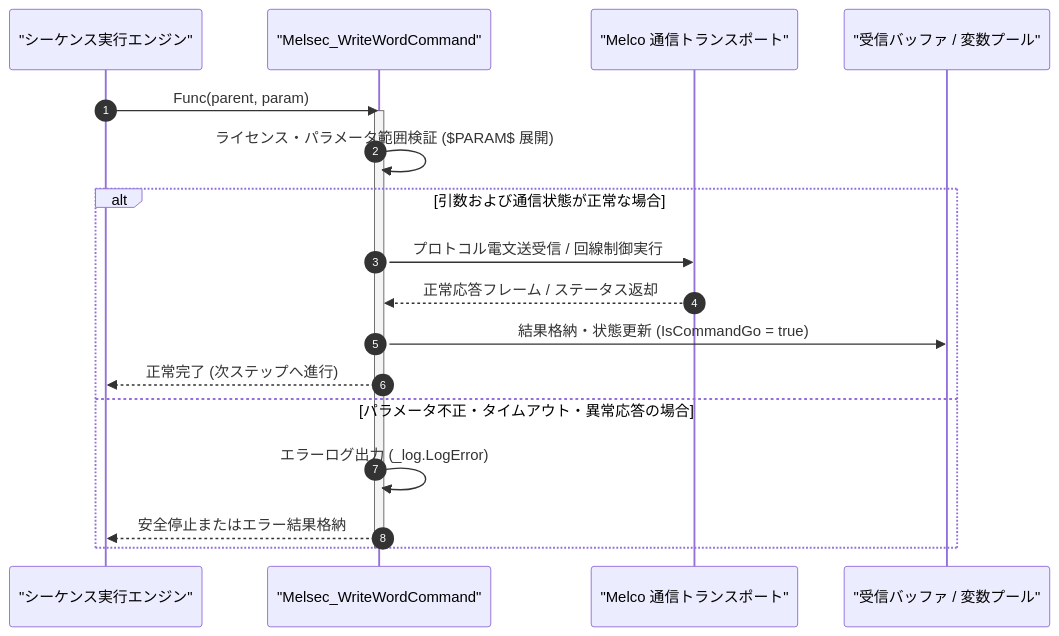
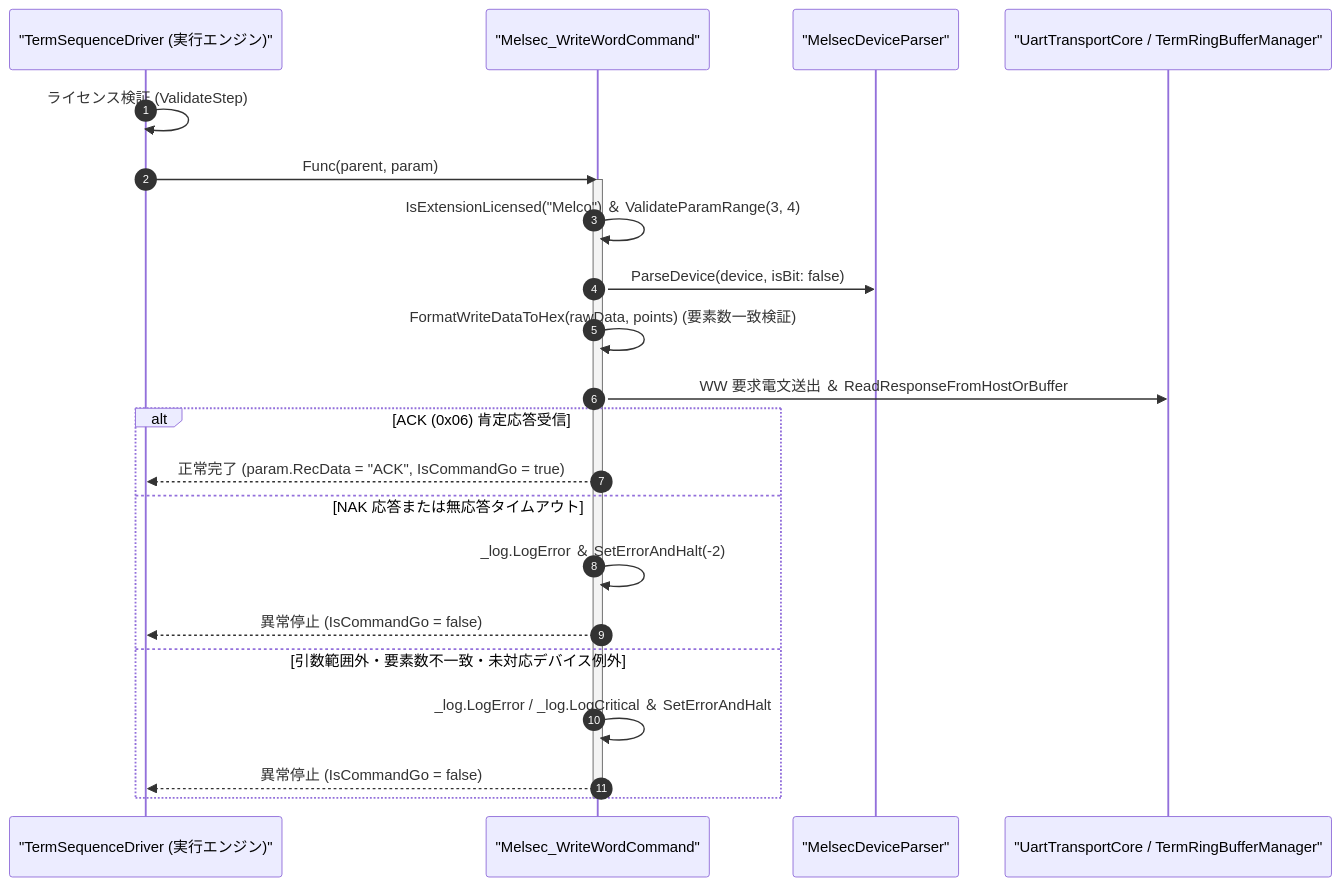
One commit to Monaca-App/TermAddIn changed the diagram in Manual/Melco/Melsec_WriteWord.Md. Above: the diagram before and after it, drawn with Mermaid. The commit also changed other lines of this file and 157 other files, not shown here.

````diff
--- a/Manual/Melco/Melsec_WriteWord.Md
+++ b/Manual/Melco/Melsec_WriteWord.Md
@@ -81,22 +80,26 @@
 ```mermaid
 sequenceDiagram
     autonumber
-    participant Script as "シーケンス実行エンジン"
+    participant Driver as "TermSequenceDriver (実行エンジン)"
     participant Cmd as "Melsec_WriteWordCommand"
-    participant Trans as "Melco 通信トランスポート"
-    participant Buf as "受信バッファ / 変数プール"
+    participant Parser as "MelsecDeviceParser"
+    participant Port as "UartTransportCore / TermRingBufferManager"
 
-    Script->>Cmd: Func(parent, param)
+    Driver->>Driver: ライセンス検証 (ValidateStep)
+    Driver->>Cmd: Func(parent, param)
     activate Cmd
-    Cmd->>Cmd: ライセンス・パラメータ範囲検証 ($PARAM$ 展開)
-    alt 引数および通信状態が正常な場合
-        Cmd->>Trans: プロトコル電文送受信 / 回線制御実行
-        Trans-->>Cmd: 正常応答フレーム / ステータス返却
-        Cmd->>Buf: 結果格納・状態更新 (IsCommandGo = true)
-        Cmd-->>Script: 正常完了 (次ステップへ進行)
-    else パラメータ不正・タイムアウト・異常応答の場合
-        Cmd->>Cmd: エラーログ出力 (_log.LogError)
-        Cmd-->>Script: 安全停止またはエラー結果格納
+    Cmd->>Cmd: IsExtensionLicensed("Melco") ＆ ValidateParamRange(3, 4)
+    Cmd->>Parser: ParseDevice(device, isBit: false)
+    Cmd->>Cmd: FormatWriteDataToHex(rawData, points) (要素数一致検証)
+    Cmd->>Port: WW 要求電文送出 ＆ ReadResponseFromHostOrBuffer
+    alt ACK (0x06) 肯定応答受信
+        Cmd-->>Driver: 正常完了 (param.RecData = "ACK", IsCommandGo = true)
+    else NAK 応答または無応答タイムアウト
+        Cmd->>Cmd: _log.LogError ＆ SetErrorAndHalt(-2)
+        Cmd-->>Driver: 異常停止 (IsCommandGo = false)
+    else 引数範囲外・要素数不一致・未対応デバイス例外
+        Cmd->>Cmd: _log.LogError / _log.LogCritical ＆ SetErrorAndHalt
+        Cmd-->>Driver: 異常停止 (IsCommandGo = false)
     end
     deactivate Cmd
 ```
````
